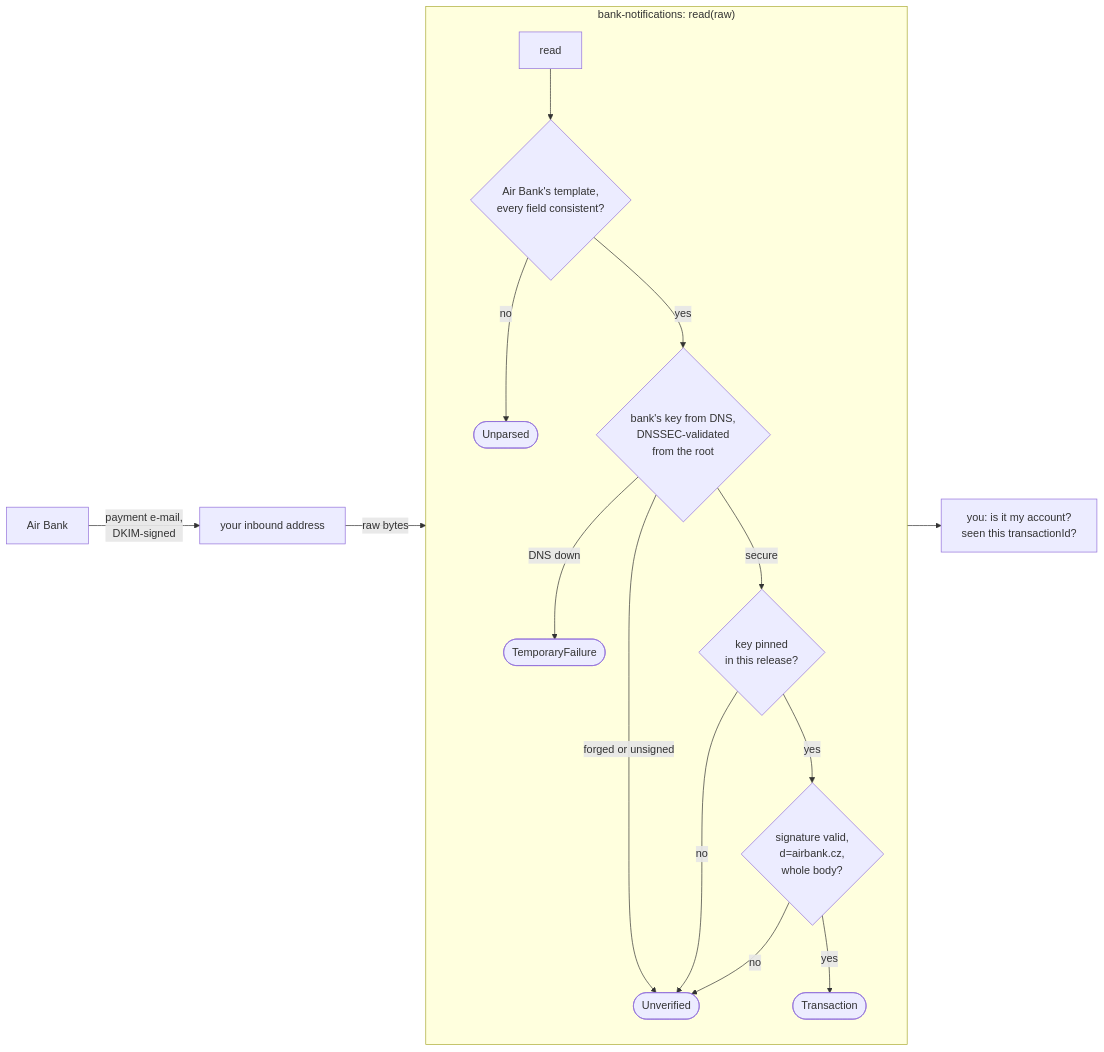
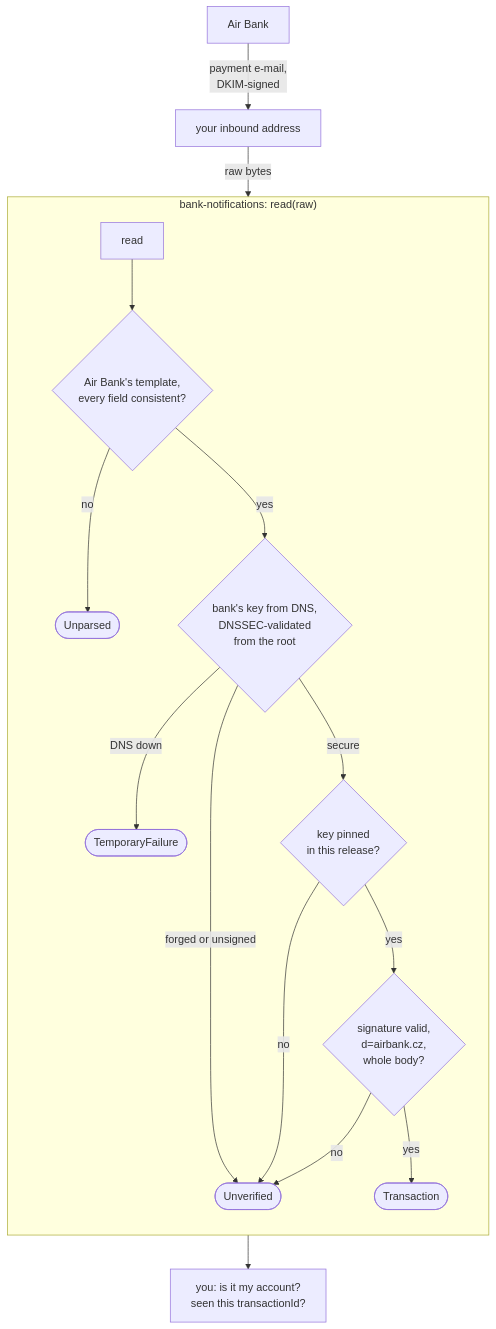
One commit to landsman/bank-java changed the diagram in README.md. Above: the diagram before and after it, drawn with Mermaid.

Commit message:
docs: draw the readme diagram top to bottom, it reads down the page

````diff
--- a/README.md
+++ b/README.md
@@ -22,21 +22,21 @@
 ```mermaid
-flowchart LR
+flowchart TB
     bank["Air Bank"] -- "payment e-mail,<br/>DKIM-signed" --> inbox["your inbound address"]
     inbox -- "raw bytes" --> read
 
     subgraph lib ["bank-notifications: read(raw)"]
         direction TB
         read["read"] --> parse{"Air Bank's template,<br/>every field consistent?"}
         parse -- "no" --> unparsed(["Unparsed"])
         parse -- "yes" --> dns{"bank's key from DNS,<br/>DNSSEC-validated<br/>from the root"}
         dns -- "DNS down" --> temporary(["TemporaryFailure"])
         dns -- "forged or unsigned" --> unverified(["Unverified"])
         dns -- "secure" --> pin{"key pinned<br/>in this release?"}
         pin -- "no" --> unverified
         pin -- "yes" --> sig{"signature valid,<br/>d=airbank.cz,<br/>whole body?"}
         sig -- "no" --> unverified
         sig -- "yes" --> transaction(["Transaction"])
     end
 
     transaction --> you["you: is it my account?<br/>seen this transactionId?"]
 ```
````
